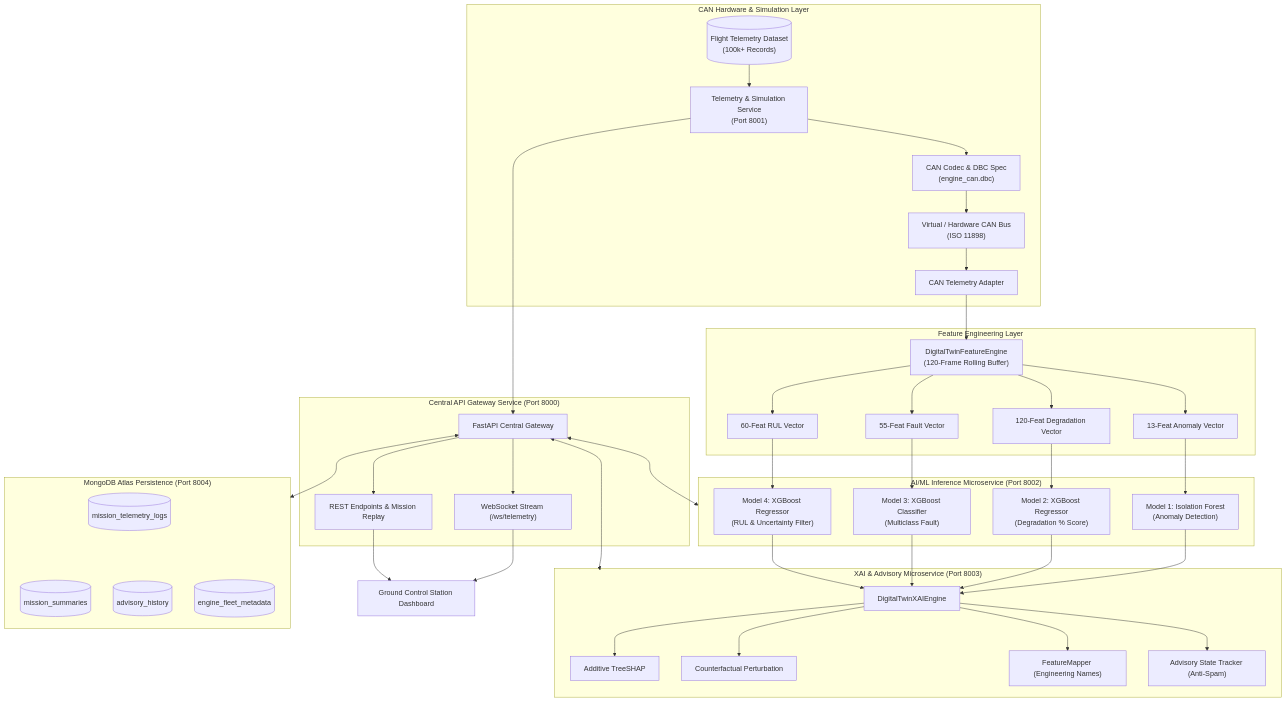
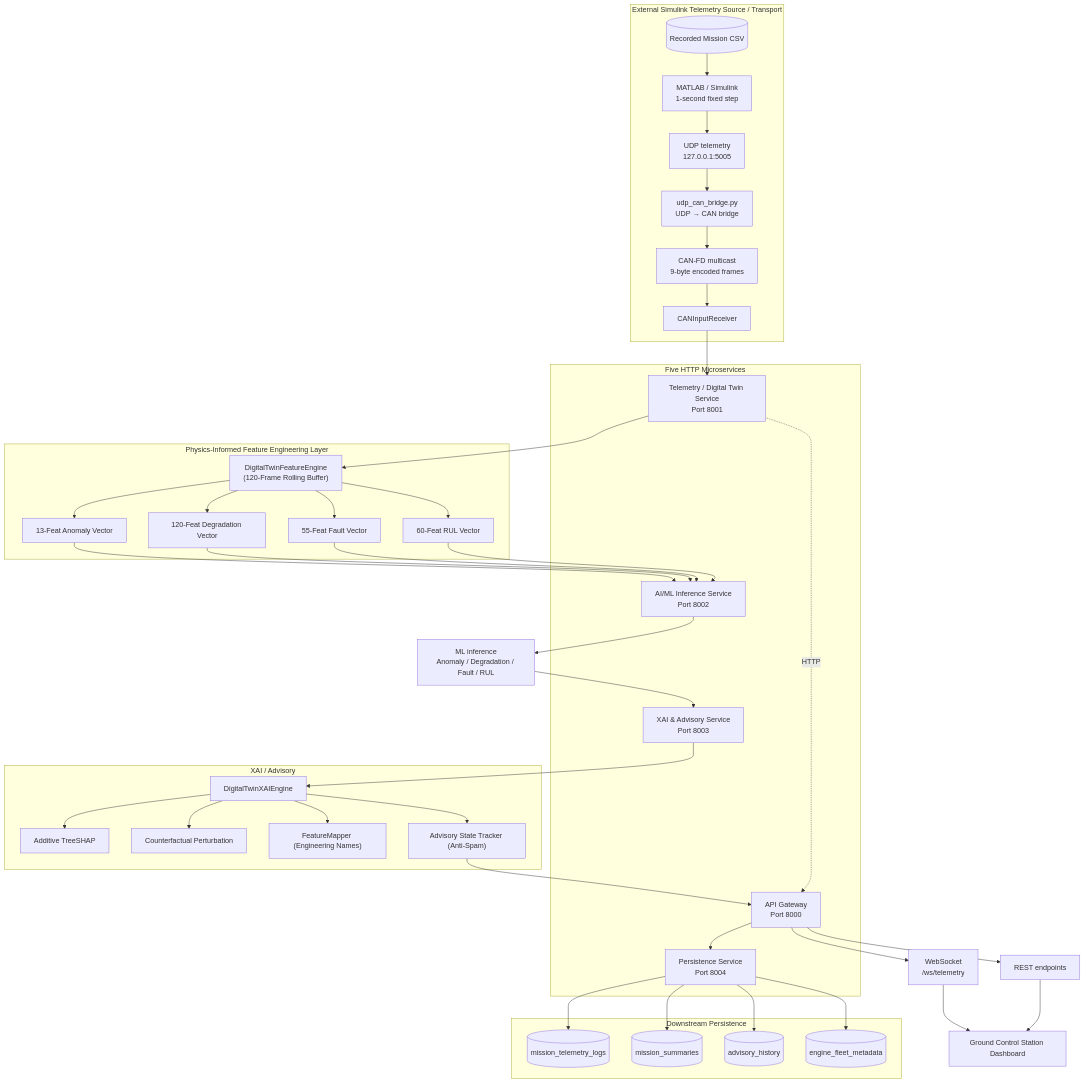
Before and after one commit to VIKASHL25/SIH-26: the diagram in README.md, drawn with Mermaid. The commit also changed other lines of this file and 13 other files, not shown here.

Commit message:
feat: integrate Simulink live telemetry into digital twin

````diff
--- a/README.md
+++ b/README.md
@@ -129,56 +236,56 @@
 ```mermaid
 flowchart TD
-    subgraph SENSORS_CAN ["CAN Hardware & Simulation Layer"]
-        CSV[("Flight Telemetry Dataset\n(100k+ Records)")] --> SIM["Telemetry & Simulation Service\n(Port 8001)"]
-        SIM --> DBC["CAN Codec & DBC Spec\n(engine_can.dbc)"]
-        DBC --> CAN_BUS["Virtual / Hardware CAN Bus\n(ISO 11898)"]
-        CAN_BUS --> DECODE["CAN Telemetry Adapter"]
+    subgraph LIVE_SOURCE ["External Simulink Telemetry Source / Transport"]
+        CSV[("Recorded Mission CSV")] --> SIM["MATLAB / Simulink\n1-second fixed step"]
+        SIM --> UDP["UDP telemetry\n127.0.0.1:5005"]
+        UDP --> BRIDGE["udp_can_bridge.py\nUDP → CAN bridge"]
+        BRIDGE --> MCAST["CAN-FD multicast\n9-byte encoded frames"]
+        MCAST --> CANRX["CANInputReceiver"]
     end
 
-    subgraph FEATURES ["Feature Engineering Layer"]
-        DECODE --> FE["DigitalTwinFeatureEngine\n(120-Frame Rolling Buffer)"]
+    subgraph HTTP_SERVICES ["Five HTTP Microservices"]
+        TELEMETRY["Telemetry / Digital Twin Service\nPort 8001"]
+        ML_SERVICE["AI/ML Inference Service\nPort 8002"]
+        XAI_SERVICE["XAI & Advisory Service\nPort 8003"]
+        MONGO_SERVICE["Persistence Service\nPort 8004"]
+        GATEWAY["API Gateway\nPort 8000"]
+    end
+
+    CANRX --> TELEMETRY
+
+    subgraph FEATURES ["Physics-Informed Feature Engineering Layer"]
+        TELEMETRY --> FE["DigitalTwinFeatureEngine\n(120-Frame Rolling Buffer)"]
         FE --> FV1["13-Feat Anomaly Vector"]
         FE --> FV2["120-Feat Degradation Vector"]
         FE --> FV3["55-Feat Fault Vector"]
         FE --> FV4["60-Feat RUL Vector"]
     end
 
-    subgraph ML_SERVICE ["AI/ML Inference Microservice (Port 8002)"]
-        FV1 --> M1["Model 1: Isolation Forest\n(Anomaly Detection)"]
-        FV2 --> M2["Model 2: XGBoost Regressor\n(Degradation % Score)"]
-        FV3 --> M3["Model 3: XGBoost Classifier\n(Multiclass Fault)"]
-        FV4 --> M4["Model 4: XGBoost Regressor\n(RUL & Uncertainty Filter)"]
-    end
-
-    subgraph XAI_SERVICE ["XAI & Advisory Microservice (Port 8003)"]
-        M1 & M2 & M3 & M4 --> XAI["DigitalTwinXAIEngine"]
+    FV1 & FV2 & FV3 & FV4 --> ML_SERVICE
+    ML_SERVICE --> M1["ML inference\nAnomaly / Degradation / Fault / RUL"]
+    M1 --> XAI_SERVICE
+    subgraph XAI_PIPELINE ["XAI / Advisory"]
+        XAI_SERVICE --> XAI["DigitalTwinXAIEngine"]
         XAI --> SHAP["Additive TreeSHAP"]
         XAI --> SENS["Counterfactual Perturbation"]
         XAI --> MAP["FeatureMapper (Engineering Names)"]
         XAI --> ADV["Advisory State Tracker (Anti-Spam)"]
     end
 
-    subgraph MONGO_SERVICE ["MongoDB Atlas Persistence (Port 8004)"]
+    subgraph PERSISTENCE ["Downstream Persistence"]
         LOGS[("mission_telemetry_logs")]
         SUMM[("mission_summaries")]
         ADVH[("advisory_history")]
         FLEET[("engine_fleet_metadata")]
     end
 
-    subgraph GATEWAY ["Central API Gateway Service (Port 8000)"]
-        GW["FastAPI Central Gateway"]
-        WS["WebSocket Stream (/ws/telemetry)"]
-        REST["REST Endpoints & Mission Replay"]
-    end
-
-    SIM --> GW
-    GW <--> ML_SERVICE
-    GW <--> XAI_SERVICE
-    GW <--> MONGO_SERVICE
-    GW --> WS
-    GW --> REST
+    ADV --> GATEWAY
+    TELEMETRY -. HTTP .-> GATEWAY
+    GATEWAY --> WS["WebSocket\n/ws/telemetry"]
+    GATEWAY --> REST["REST endpoints"]
+    GATEWAY --> MONGO_SERVICE
+    MONGO_SERVICE --> LOGS & SUMM & ADVH & FLEET
 
     WS --> GCS["Ground Control Station Dashboard"]
     REST --> GCS
-    MONGO_SERVICE --- LOGS & SUMM & ADVH & FLEET
 ```
````
